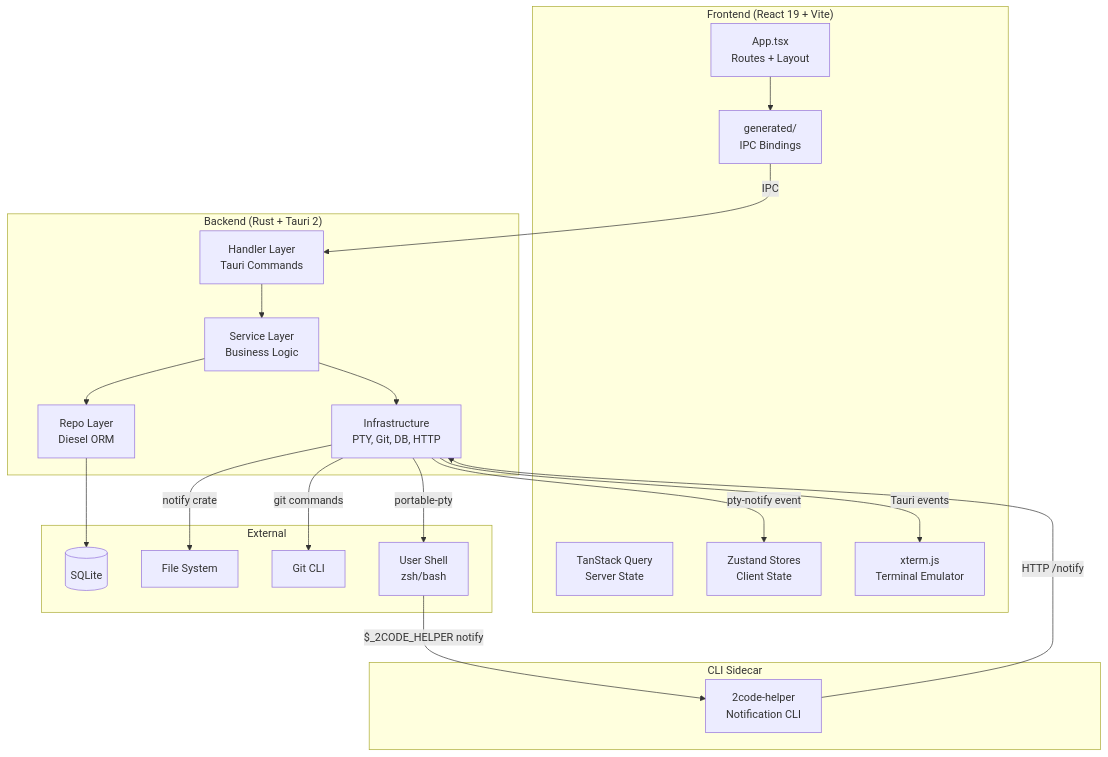
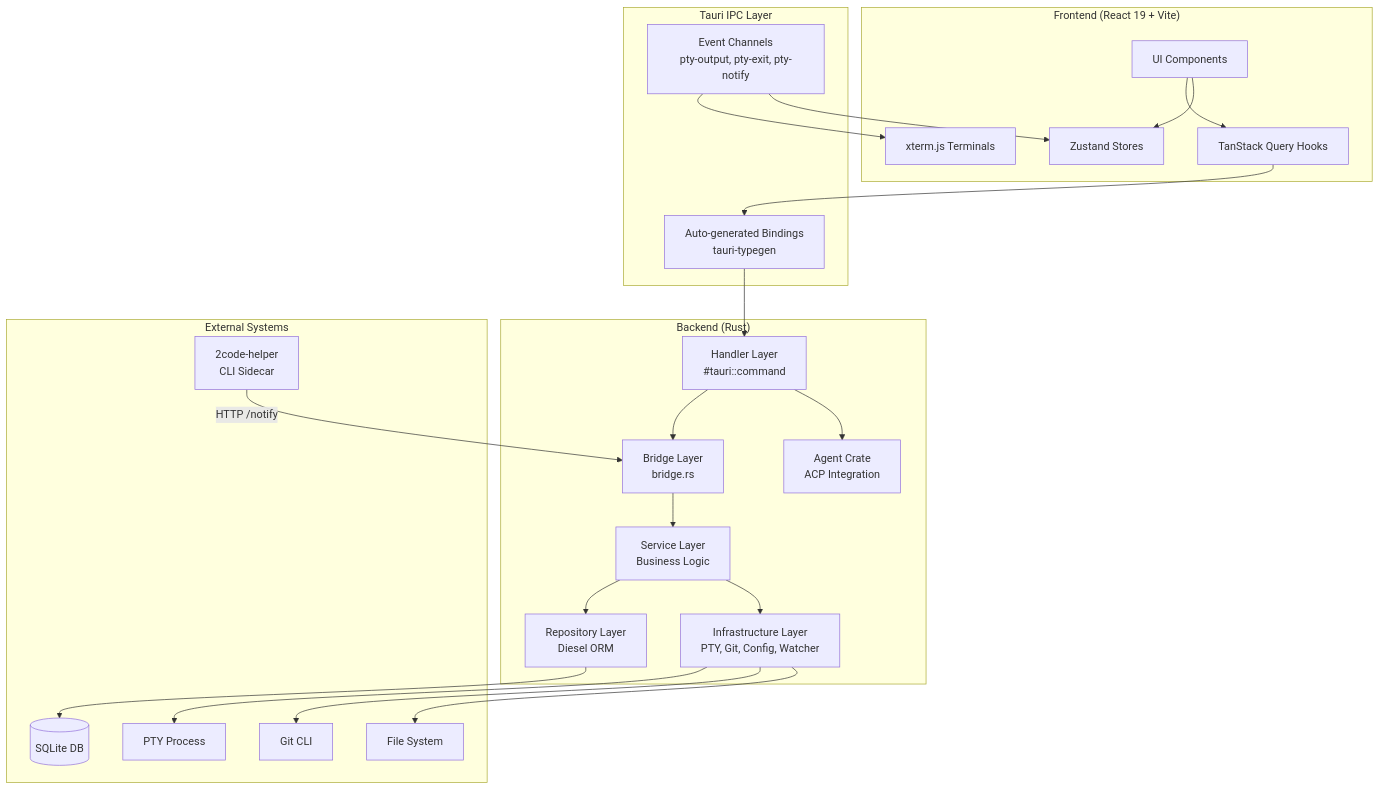
Before and after one commit to AkaraChen/2code: the first of 2 diagrams in docs/architecture.md, drawn with Mermaid. The commit also changed other lines of this file and 8 other files, not shown here.

First line of the commit message:
docs: update CLAUDE.md and regenerate architecture documentation

````diff
--- a/docs/architecture.md
+++ b/docs/architecture.md
@@ -5,42 +5,50 @@
 ```mermaid
 graph TD
-    subgraph Frontend ["Frontend (React 19 + Vite)"]
-        App[App.tsx<br/>Routes + Layout]
-        TQ[TanStack Query<br/>Server State]
-        ZS[Zustand Stores<br/>Client State]
-        XT[xterm.js<br/>Terminal Emulator]
-        Gen[generated/<br/>IPC Bindings]
+    subgraph Frontend["Frontend (React 19 + Vite)"]
+        UI[UI Components]
+        Hooks[TanStack Query Hooks]
+        Stores[Zustand Stores]
+        XTerm[xterm.js Terminals]
     end
 
-    subgraph Backend ["Backend (Rust + Tauri 2)"]
-        H[Handler Layer<br/>Tauri Commands]
-        S[Service Layer<br/>Business Logic]
-        R[Repo Layer<br/>Diesel ORM]
-        I[Infrastructure<br/>PTY, Git, DB, HTTP]
+    subgraph IPC["Tauri IPC Layer"]
+        Gen[Auto-generated Bindings<br/>tauri-typegen]
+        Events[Event Channels<br/>pty-output, pty-exit, pty-notify]
     end
 
-    subgraph Sidecar ["CLI Sidecar"]
-        Helper[2code-helper<br/>Notification CLI]
+    subgraph Backend["Backend (Rust)"]
+        Handler[Handler Layer<br/>#tauri::command]
+        Bridge[Bridge Layer<br/>bridge.rs]
+        Service[Service Layer<br/>Business Logic]
+        Repo[Repository Layer<br/>Diesel ORM]
+        Infra[Infrastructure Layer<br/>PTY, Git, Config, Watcher]
+        Agent[Agent Crate<br/>ACP Integration]
     end
 
-    subgraph External ["External"]
-        DB[(SQLite)]
+    subgraph External["External Systems"]
+        SQLite[(SQLite DB)]
+        PTY[PTY Process]
+        Git[Git CLI]
         FS[File System]
-        Git[Git CLI]
-        Shell[User Shell<br/>zsh/bash]
+        Sidecar[2code-helper<br/>CLI Sidecar]
     end
 
-    App --> Gen
-    Gen -->|IPC| H
-    H --> S
-    S --> R
-    S --> I
-    R --> DB
-    I -->|portable-pty| Shell
-    I -->|git commands| Git
-    I -->|notify crate| FS
-    Shell -->|$_2CODE_HELPER notify| Helper
-    Helper -->|HTTP /notify| I
-    I -->|Tauri events| XT
-    I -->|pty-notify event| ZS
+    UI --> Hooks
+    UI --> Stores
+    Hooks --> Gen
+    Gen --> Handler
+    Events --> XTerm
+    Events --> Stores
+
+    Handler --> Bridge
+    Bridge --> Service
+    Service --> Repo
+    Service --> Infra
+    Handler --> Agent
+
+    Repo --> SQLite
+    Infra --> PTY
+    Infra --> Git
+    Infra --> FS
+    Sidecar -->|HTTP /notify| Bridge
 ```
````
